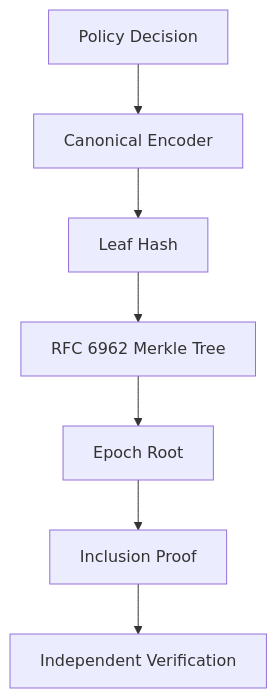
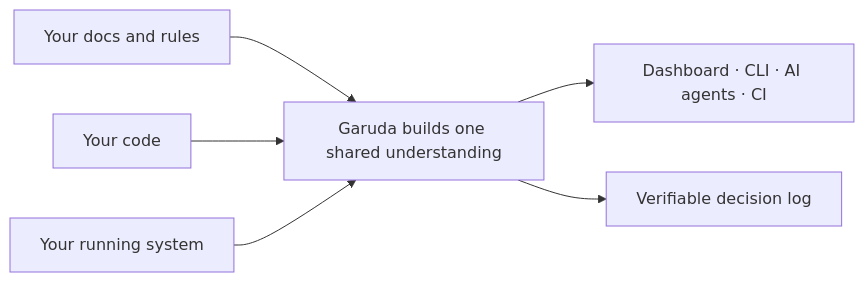
The second of 2 diagrams in README.md (myshra777-ai/garuda), drawn with Mermaid before and after one commit. The commit also changed other lines of this file, not shown here.

````diff
--- a/README.md
+++ b/README.md
@@ -117,9 +384,11 @@
 ```mermaid
-flowchart TD
-    DECISION["Policy Decision"] --> CANON["Canonical Encoder"]
-    CANON --> LEAF["Leaf Hash"]
-    LEAF --> TREE["RFC 6962 Merkle Tree"]
-    TREE --> ROOT["Epoch Root"]
-    ROOT --> PROOF["Inclusion Proof"]
-    PROOF --> VERIFY["Independent Verification"]
+flowchart LR
+    DOCS["Your docs and rules"] --> GARUDA
+    CODE["Your code"] --> GARUDA
+    RUNTIME["Your running system"] --> GARUDA
+
+    GARUDA["Garuda builds one shared understanding"]
+
+    GARUDA --> VIEWS["Dashboard · CLI · AI agents · CI"]
+    GARUDA --> RECORD["Verifiable decision log"]
 ```
````
